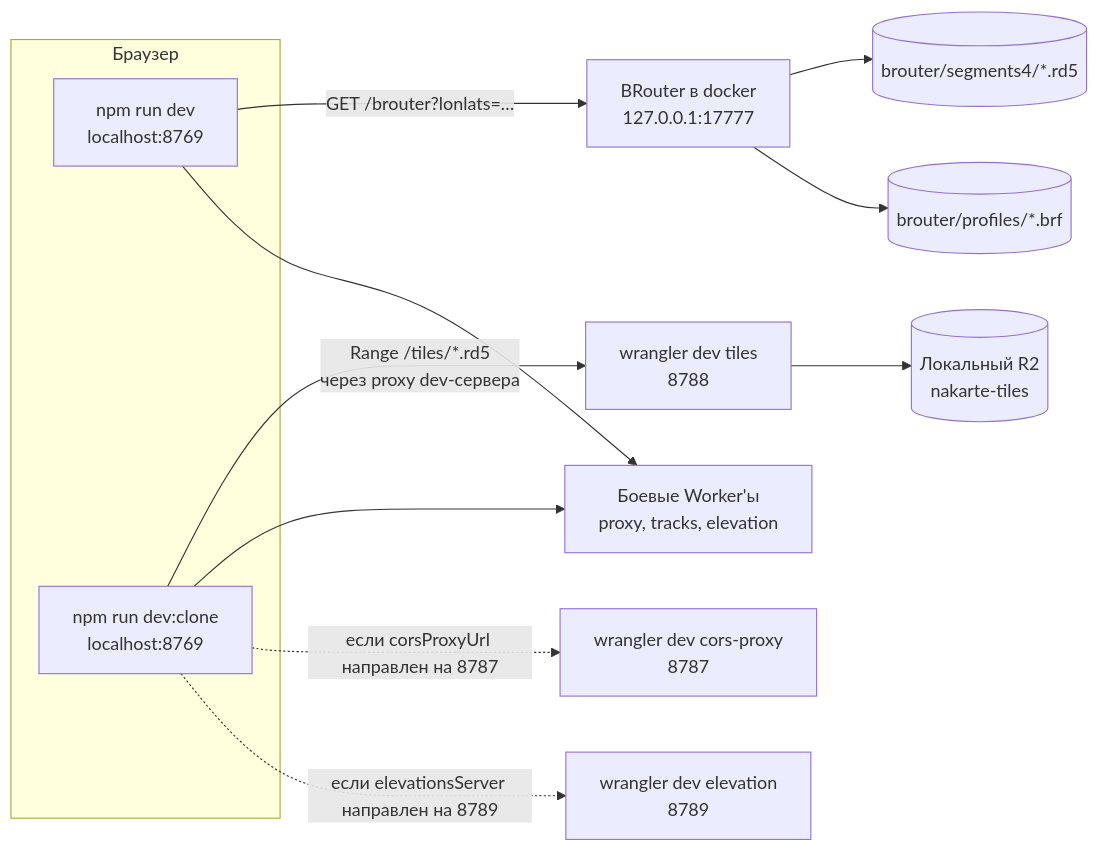
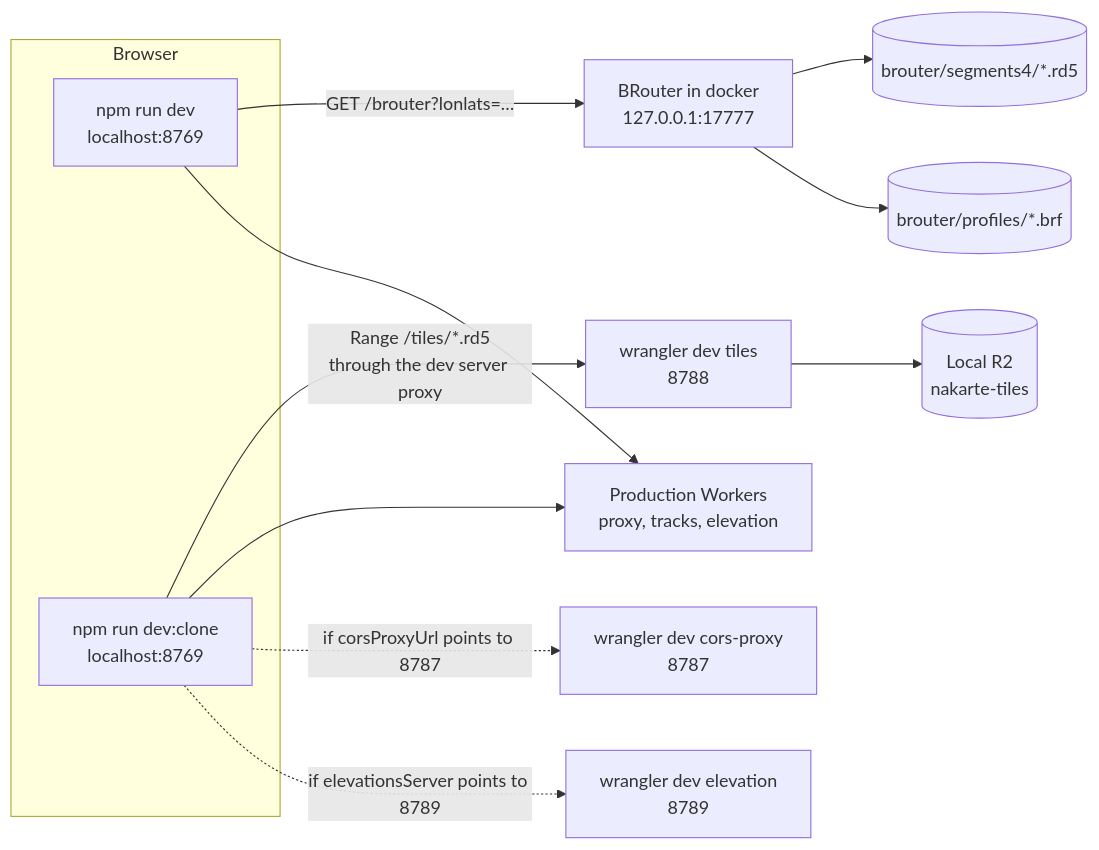
The third of 3 diagrams in docs/architecture/README.md (sergeycw/nakarte), drawn with Mermaid before and after one commit. The commit also changed other lines of this file and 11 other files, not shown here.

````diff
--- a/docs/architecture/README.md
+++ b/docs/architecture/README.md
@@ -139,26 +139,26 @@
 ```mermaid
 flowchart LR
-    subgraph browser["Браузер"]
+    subgraph browser["Browser"]
         sdev["npm run dev<br/>localhost:8769"]
         sclone["npm run dev:clone<br/>localhost:8769"]
     end
 
-    brouter["BRouter в docker<br/>127.0.0.1:17777"]
+    brouter["BRouter in docker<br/>127.0.0.1:17777"]
     seg[("brouter/segments4/*.rd5")]
     prof[("brouter/profiles/*.brf")]
     wdtiles["wrangler dev tiles<br/>8788"]
-    localr2[("Локальный R2<br/>nakarte-tiles")]
+    localr2[("Local R2<br/>nakarte-tiles")]
     wdproxy["wrangler dev cors-proxy<br/>8787"]
     wdelev["wrangler dev elevation<br/>8789"]
-    prod["Боевые Worker'ы<br/>proxy, tracks, elevation"]
+    prod["Production Workers<br/>proxy, tracks, elevation"]
 
     sdev -->|"GET /brouter?lonlats=…"| brouter
     brouter --> seg
     brouter --> prof
-    sclone -->|"Range /tiles/*.rd5<br/>через proxy dev-сервера"| wdtiles
+    sclone -->|"Range /tiles/*.rd5<br/>through the dev server proxy"| wdtiles
     wdtiles --> localr2
     sdev --> prod
     sclone --> prod
-    sclone -. "если corsProxyUrl направлен на 8787" .-> wdproxy
-    sclone -. "если elevationsServer направлен на 8789" .-> wdelev
+    sclone -. "if corsProxyUrl points to 8787" .-> wdproxy
+    sclone -. "if elevationsServer points to 8789" .-> wdelev
 ```
````
